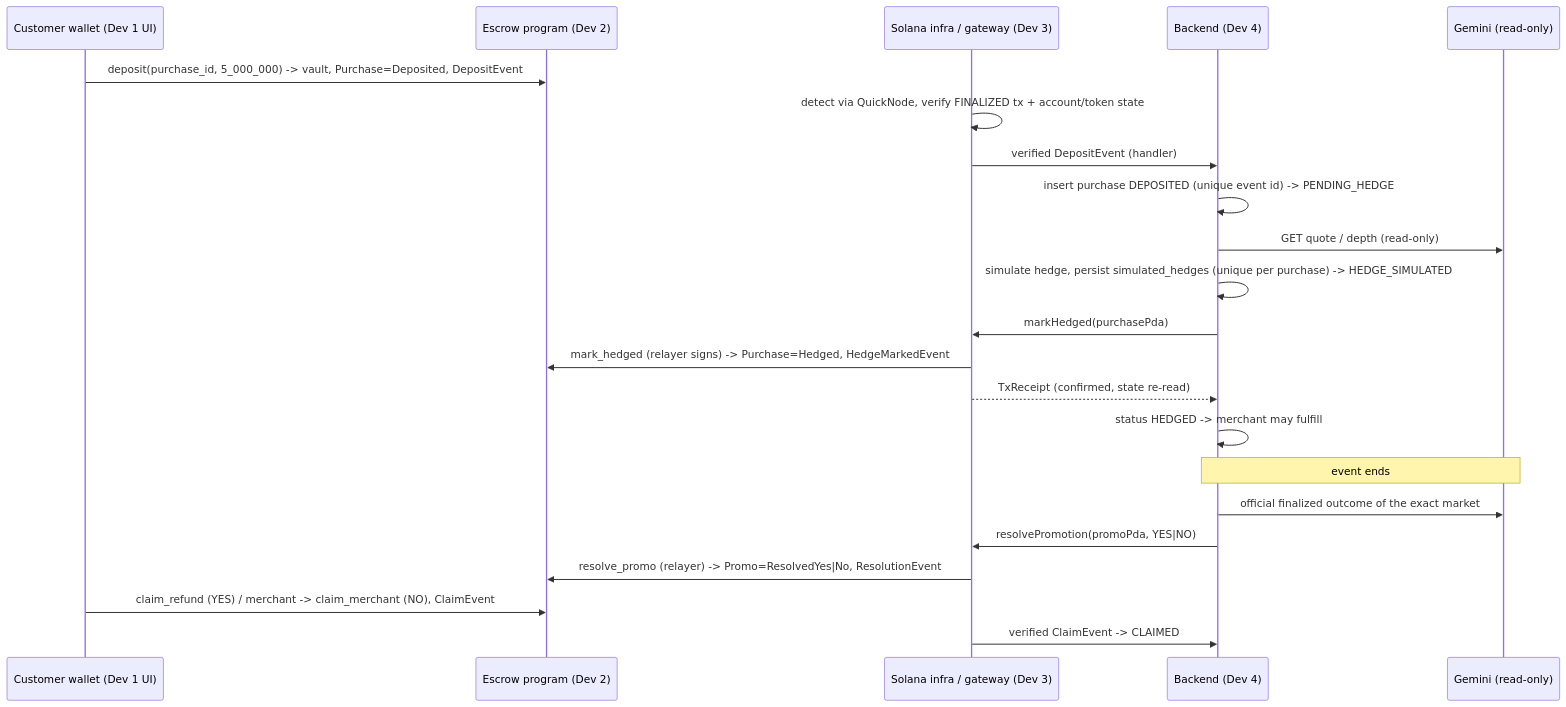
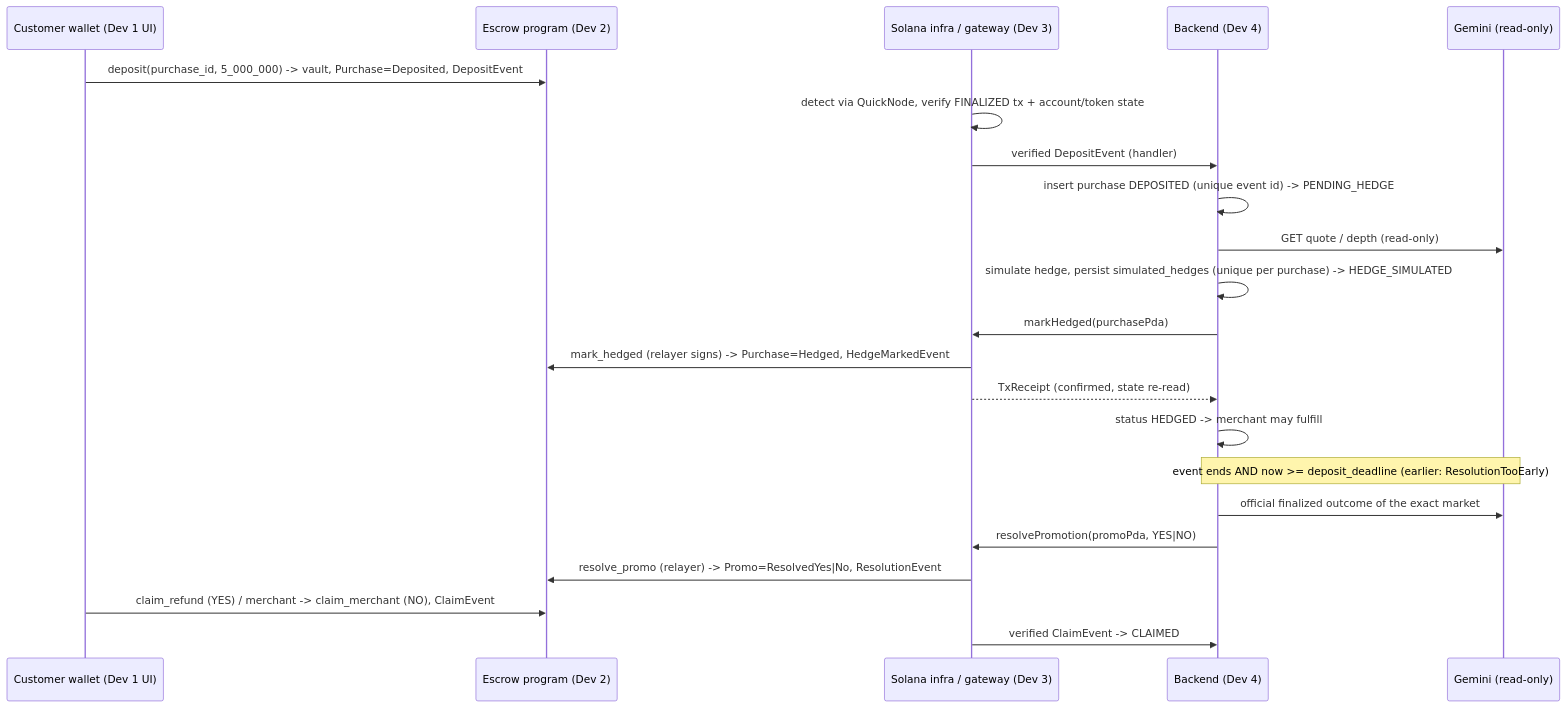
The first of 4 diagrams in docs/workflow.md (ZahinTasnin/ubc-2026), drawn with Mermaid before and after one commit. The commit also changed other lines of this file and 19 other files, not shown here.

````diff
--- a/docs/workflow.md
+++ b/docs/workflow.md
@@ -8,24 +8,24 @@
 ```mermaid
 sequenceDiagram
   participant C as Customer wallet (Dev 1 UI)
   participant P as Escrow program (Dev 2)
   participant G as Solana infra / gateway (Dev 3)
   participant B as Backend (Dev 4)
   participant M as Gemini (read-only)
   C->>P: deposit(purchase_id, 5_000_000) -> vault, Purchase=Deposited, DepositEvent
   G->>G: detect via QuickNode, verify FINALIZED tx + account/token state
   G->>B: verified DepositEvent (handler)
   B->>B: insert purchase DEPOSITED (unique event id) -> PENDING_HEDGE
   B->>M: GET quote / depth (read-only)
   B->>B: simulate hedge, persist simulated_hedges (unique per purchase) -> HEDGE_SIMULATED
   B->>G: markHedged(purchasePda)
   G->>P: mark_hedged (relayer signs) -> Purchase=Hedged, HedgeMarkedEvent
   G-->>B: TxReceipt (confirmed, state re-read)
   B->>B: status HEDGED -> merchant may fulfill
-  Note over B,M: event ends
+  Note over B,M: event ends AND now >= deposit_deadline (earlier: ResolutionTooEarly)
   B->>M: official finalized outcome of the exact market
   B->>G: resolvePromotion(promoPda, YES|NO)
   G->>P: resolve_promo (relayer) -> Promo=ResolvedYes|No, ResolutionEvent
   C->>P: claim_refund (YES)  /  merchant -> claim_merchant (NO), ClaimEvent
   G->>B: verified ClaimEvent -> CLAIMED
 ```
````
